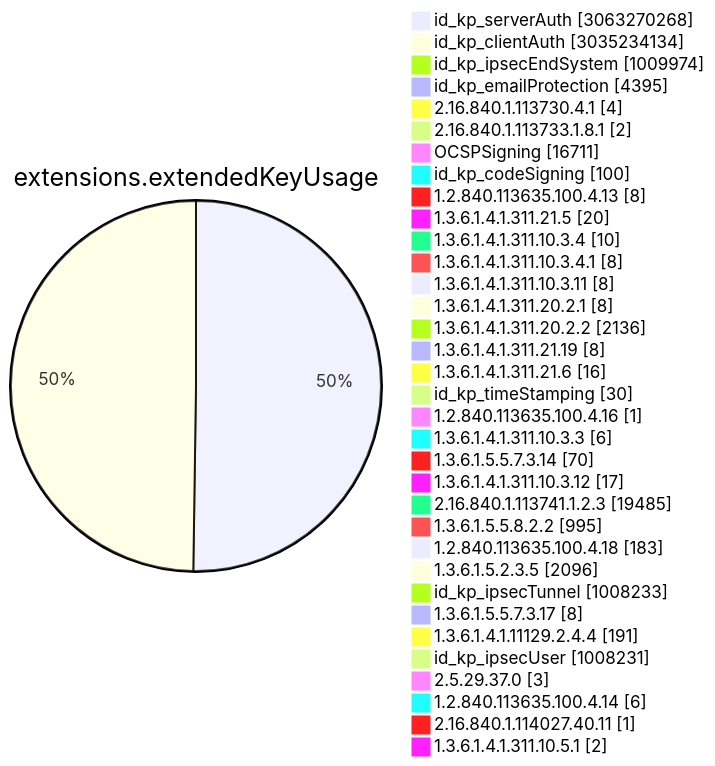
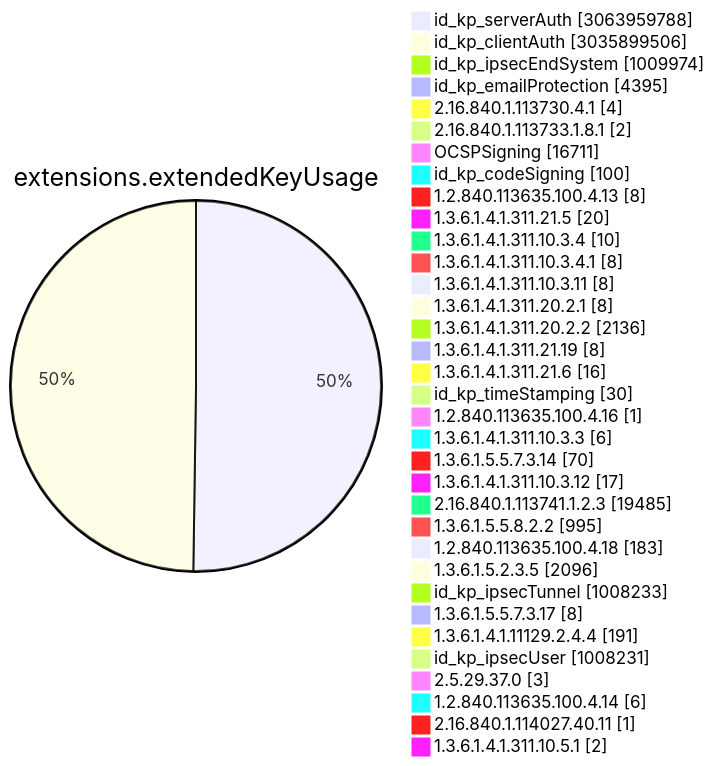
Diagram 11 of 15 in TOTAL/README.md (christiankrug/ctmonitor_visualization), drawn with Mermaid before and after one commit. The commit also changed other lines of this file, not shown here.

````diff
--- a/TOTAL/README.md
+++ b/TOTAL/README.md
@@ -4119,38 +4119,38 @@
 ```mermaid
 pie showData
 title extensions.extendedKeyUsage
-"id_kp_serverAuth" :3063270268
-"id_kp_clientAuth" :3035234134
+"id_kp_serverAuth" :3063959788
+"id_kp_clientAuth" :3035899506
 "id_kp_ipsecEndSystem" :1009974
 "id_kp_emailProtection" :4395
 "2.16.840.1.113730.4.1" :4
 "2.16.840.1.113733.1.8.1" :2
 "OCSPSigning" :16711
 "id_kp_codeSigning" :100
 "1.2.840.113635.100.4.13" :8
 "1.3.6.1.4.1.311.21.5" :20
 "1.3.6.1.4.1.311.10.3.4" :10
 "1.3.6.1.4.1.311.10.3.4.1" :8
 "1.3.6.1.4.1.311.10.3.11" :8
 "1.3.6.1.4.1.311.20.2.1" :8
 "1.3.6.1.4.1.311.20.2.2" :2136
 "1.3.6.1.4.1.311.21.19" :8
 "1.3.6.1.4.1.311.21.6" :16
 "id_kp_timeStamping" :30
 "1.2.840.113635.100.4.16" :1
 "1.3.6.1.4.1.311.10.3.3" :6
 "1.3.6.1.5.5.7.3.14" :70
 "1.3.6.1.4.1.311.10.3.12" :17
 "2.16.840.1.113741.1.2.3" :19485
 "1.3.6.1.5.5.8.2.2" :995
 "1.2.840.113635.100.4.18" :183
 "1.3.6.1.5.2.3.5" :2096
 "id_kp_ipsecTunnel" :1008233
 "1.3.6.1.5.5.7.3.17" :8
 "1.3.6.1.4.1.11129.2.4.4" :191
 "id_kp_ipsecUser" :1008231
 "2.5.29.37.0" :3
 "1.2.840.113635.100.4.14" :6
 "2.16.840.1.114027.40.11" :1
 "1.3.6.1.4.1.311.10.5.1" :2
 ```
````
